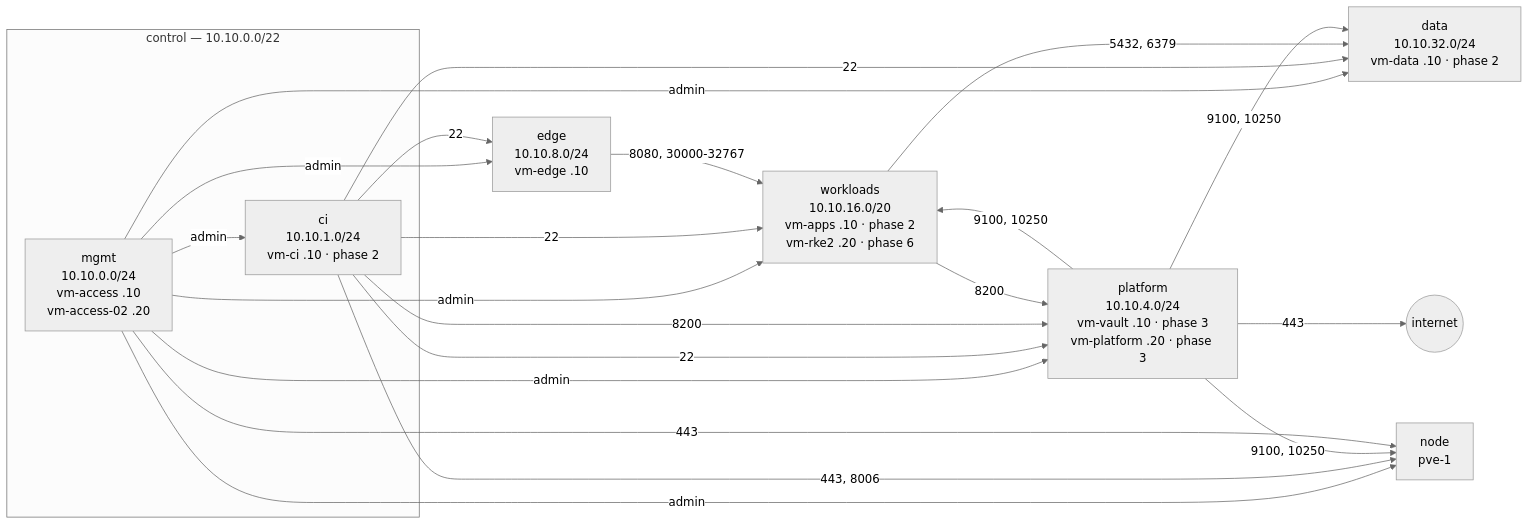
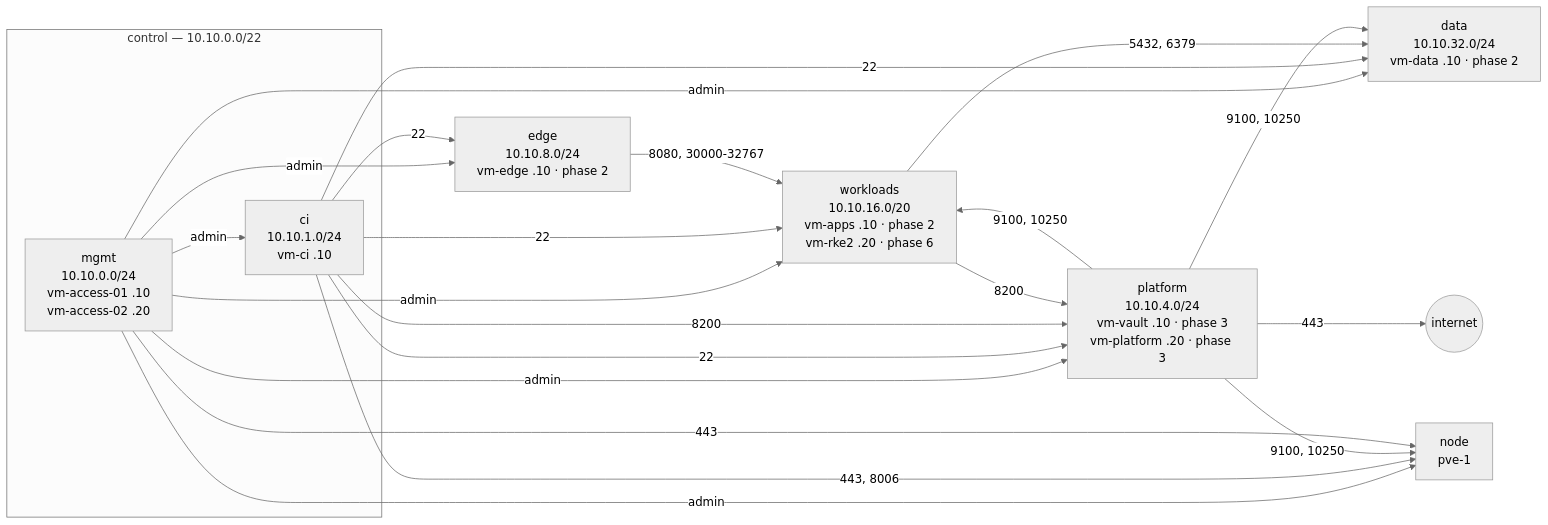
The third of 7 diagrams in docs/architecture.md (0xc0-homelab/infrastructure), drawn with Mermaid (neutral theme) before and after one commit. The commit also changed other lines of this file and 39 other files, not shown here.

````diff
--- a/docs/architecture.md
+++ b/docs/architecture.md
@@ -88,24 +111,24 @@
 ```mermaid
 flowchart LR
   subgraph control["control — 10.10.0.0/22"]
-    mgmt["mgmt<br/>10.10.0.0/24<br/>vm-access .10<br/>vm-access-02 .20"]
-    ci["ci<br/>10.10.1.0/24<br/>vm-ci .10 · phase 2"]
+    mgmt["mgmt<br/>10.10.0.0/24<br/>vm-access-01 .10<br/>vm-access-02 .20"]
+    ci["ci<br/>10.10.1.0/24<br/>vm-ci .10"]
   end
   platform["platform<br/>10.10.4.0/24<br/>vm-vault .10 · phase 3<br/>vm-platform .20 · phase 3"]
-  edge["edge<br/>10.10.8.0/24<br/>vm-edge .10"]
+  edge["edge<br/>10.10.8.0/24<br/>vm-edge .10 · phase 2"]
   workloads["workloads<br/>10.10.16.0/20<br/>vm-apps .10 · phase 2<br/>vm-rke2 .20 · phase 6"]
   data["data<br/>10.10.32.0/24<br/>vm-data .10 · phase 2"]
   node["node<br/>pve-1"]
   internet(("internet"))
 
   mgmt -- "admin" --> ci & platform & edge & workloads & data & node
   ci -- "22" --> edge & platform & workloads & data
   ci -- "443, 8006" --> node
   ci -- "8200" --> platform
   edge -- "8080, 30000-32767" --> workloads
   workloads -- "5432, 6379" --> data
   workloads -- "8200" --> platform
   platform -- "9100, 10250" --> workloads & data & node
   platform -- "443" --> internet
   mgmt -- "443" --> node
 ```
````
